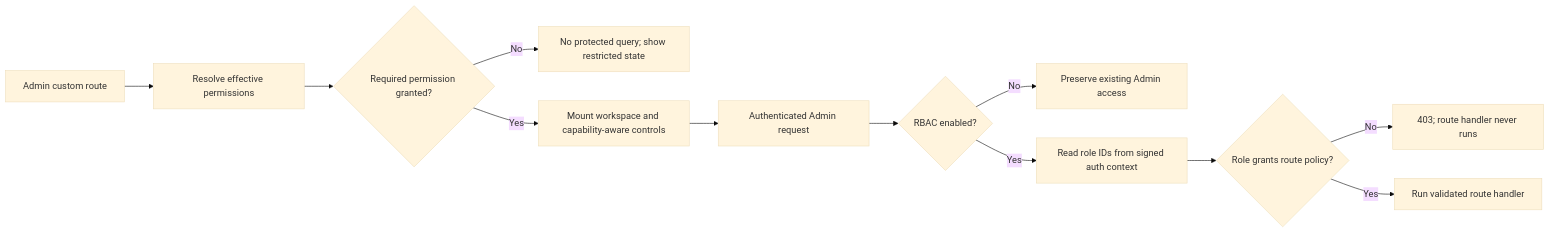
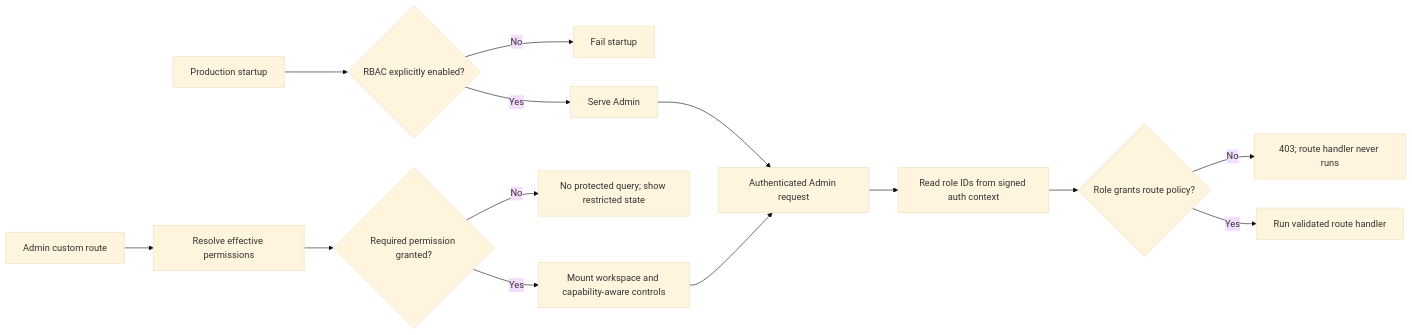
The diagram in docs/adr/0006-native-admin-rbac.md (traweezy/remorseless-records), drawn with Mermaid (base theme) before and after one commit. The commit also changed other lines of this file and 5 other files, not shown here.

First line of the commit message:
🐛 fix(admin): require RBAC in production

````diff
--- a/docs/adr/0006-native-admin-rbac.md
+++ b/docs/adr/0006-native-admin-rbac.md
@@ -92,14 +97,16 @@
 ```mermaid
 flowchart LR
-  A[Authenticated Admin request] --> B{RBAC enabled?}
-  B -- No --> C[Preserve existing Admin access]
-  B -- Yes --> D[Read role IDs from signed auth context]
+  S[Production startup] --> B{RBAC explicitly enabled?}
+  B -- No --> C[Fail startup]
+  B -- Yes --> R[Serve Admin]
+  R --> A[Authenticated Admin request]
+  A --> D[Read role IDs from signed auth context]
   D --> E{Role grants route policy?}
   E -- No --> F[403; route handler never runs]
   E -- Yes --> G[Run validated route handler]
   H[Admin custom route] --> I[Resolve effective permissions]
   I --> J{Required permission granted?}
   J -- No --> K[No protected query; show restricted state]
   J -- Yes --> L[Mount workspace and capability-aware controls]
   L --> A
 ```
````
